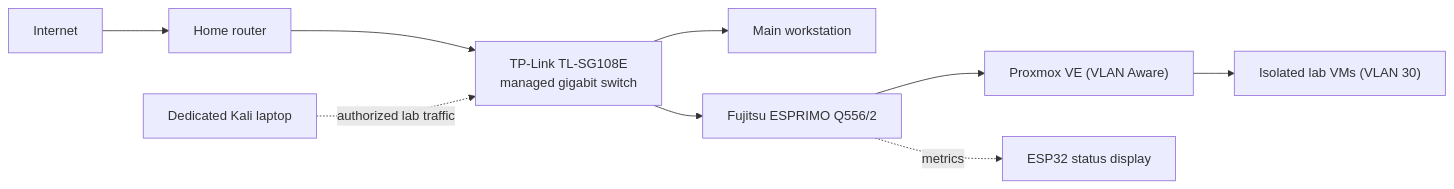
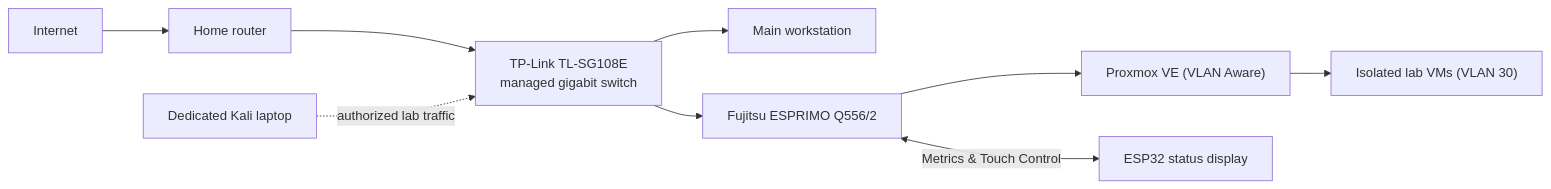
The diagram in 01_Homelab/README.md (DariusMorariu/Cybersecurity-Portfolio), drawn with Mermaid before and after one commit. The commit also changed other lines of this file and 1 other file, not shown here.

````diff
--- a/01_Homelab/README.md
+++ b/01_Homelab/README.md
@@ -12,11 +12,11 @@
 ```mermaid
 flowchart LR
     Internet --> Router["Home router"]
     Router --> Switch["TP-Link TL-SG108E<br/>managed gigabit switch"]
     Switch --> Workstation["Main workstation"]
     Switch --> Server["Fujitsu ESPRIMO Q556/2"]
     Server --> Proxmox["Proxmox VE (VLAN Aware)"]
     Proxmox --> LabVMs["Isolated lab VMs (VLAN 30)"]
-    Server -. metrics .-> Display["ESP32 status display"]
+    Server <-->|Metrics & Touch Control| Display["ESP32 status display"]
     Laptop["Dedicated Kali laptop"] -. authorized lab traffic .-> Switch
 ```
````
